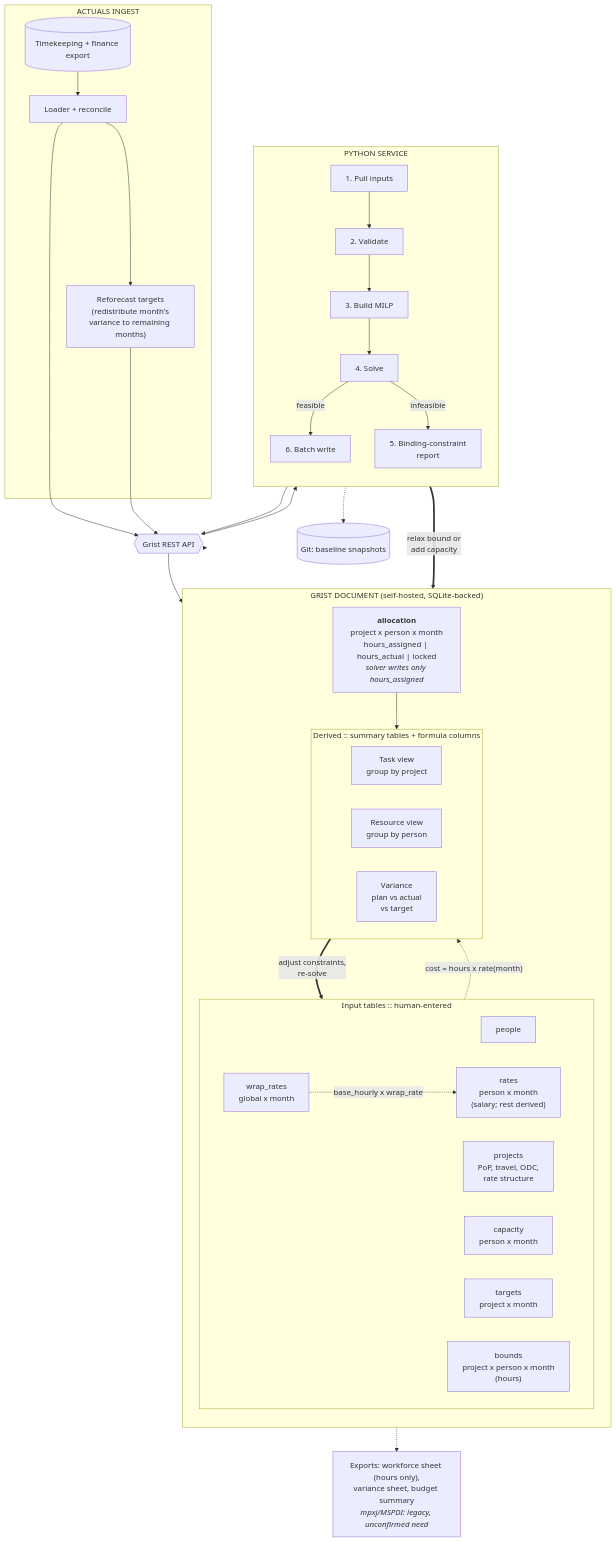
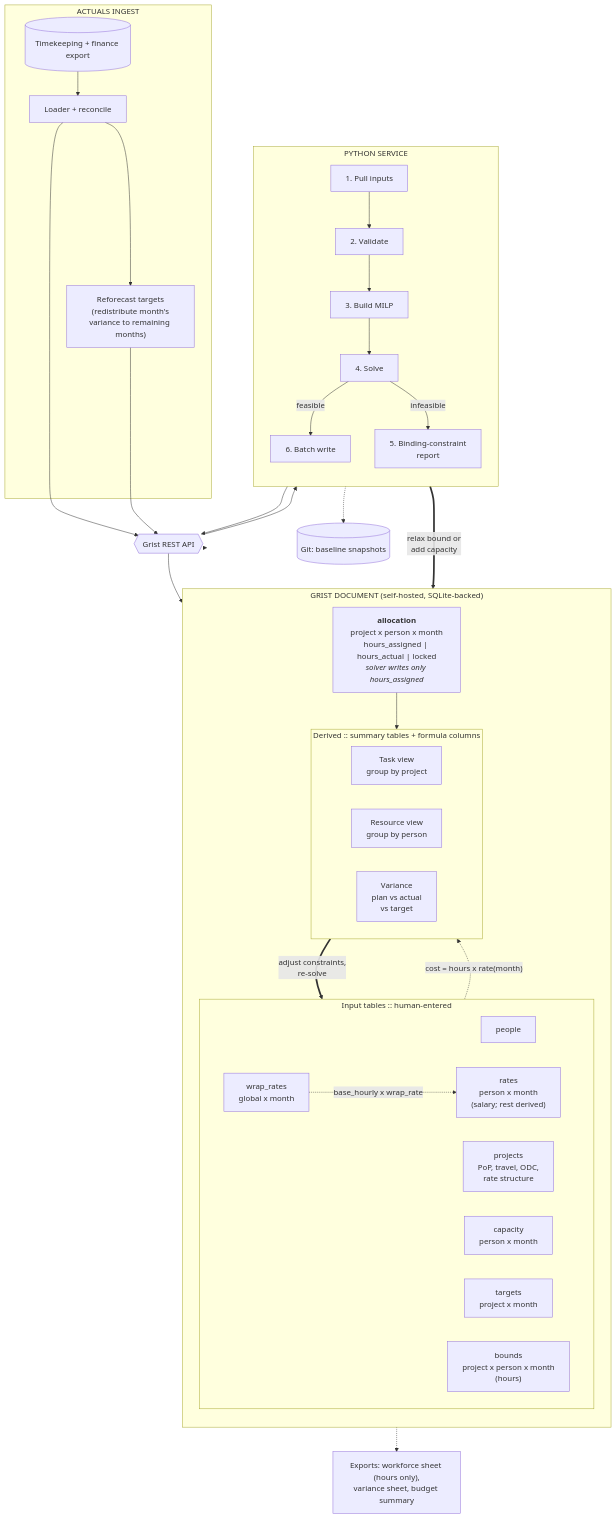
One commit to hatandspecs/general_assignment_solver changed the first of 2 diagrams in docs/02-architecture.md. Above: the diagram before and after it, drawn with Mermaid. The commit also changed 7 other files, not shown here.

````diff
--- a/docs/02-architecture.md
+++ b/docs/02-architecture.md
@@ -5,66 +5,66 @@
 ```mermaid
 flowchart TB
 
     subgraph GRIST["GRIST DOCUMENT (self-hosted, SQLite-backed)"]
         direction TB
 
         subgraph INPUTS["Input tables :: human-entered"]
             direction LR
             PPL["people"]
             PRJ["projects<br/>PoP, travel, ODC,<br/>rate structure"]
             RAT["rates<br/>person x month<br/>(salary; rest derived)"]
             WRP["wrap_rates<br/>global x month"]
             CAP["capacity<br/>person x month"]
             TGT["targets<br/>project x month"]
             BND["bounds<br/>project x person x month<br/>(hours)"]
         end
 
         ALLOC["<b>allocation</b><br/>project x person x month<br/>hours_assigned | hours_actual | locked<br/><i>solver writes only hours_assigned</i>"]
 
         subgraph VIEWS["Derived :: summary tables + formula columns"]
             direction LR
             TV["Task view<br/>group by project"]
             RV["Resource view<br/>group by person"]
             VAR["Variance<br/>plan vs actual<br/>vs target"]
         end
     end
 
     API{{"Grist REST API"}}
 
     subgraph PY["PYTHON SERVICE"]
         direction TB
         PULL["1. Pull inputs"]
         VALID["2. Validate"]
         BUILD["3. Build MILP"]
         SOLVE["4. Solve"]
         DIAG["5. Binding-constraint<br/>report"]
         PUSH["6. Batch write"]
     end
 
     subgraph ING["ACTUALS INGEST"]
         TK[("Timekeeping + finance export")]
         LOAD["Loader + reconcile"]
         REFORE["Reforecast targets<br/>(redistribute month's<br/>variance to remaining months)"]
     end
 
-    EXPORT["Exports: workforce sheet (hours only),<br/>variance sheet, budget summary<br/><i>mpxj/MSPDI: legacy, unconfirmed need</i>"]
+    EXPORT["Exports: workforce sheet (hours only),<br/>variance sheet, budget summary"]
     GIT[("Git: baseline snapshots")]
 
     INPUTS --> API --> PULL
     PULL --> VALID --> BUILD --> SOLVE
     SOLVE -->|feasible| PUSH
     SOLVE -->|infeasible| DIAG
     PUSH --> API --> ALLOC
     TK --> LOAD --> API
     LOAD --> REFORE --> API
 
     ALLOC --> VIEWS
     RAT -.->|"cost = hours x rate(month)"| VIEWS
     WRP -.->|"base_hourly x wrap_rate"| RAT
 
     VIEWS ==>|"adjust constraints,<br/>re-solve"| BND
     DIAG ==>|"relax bound or<br/>add capacity"| BND
 
     PUSH -.-> GIT
     ALLOC -.-> EXPORT
 ```
````
